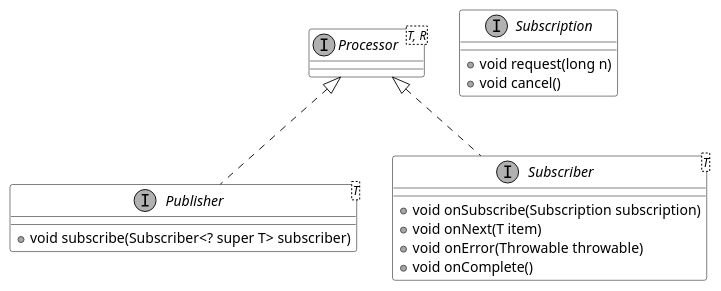
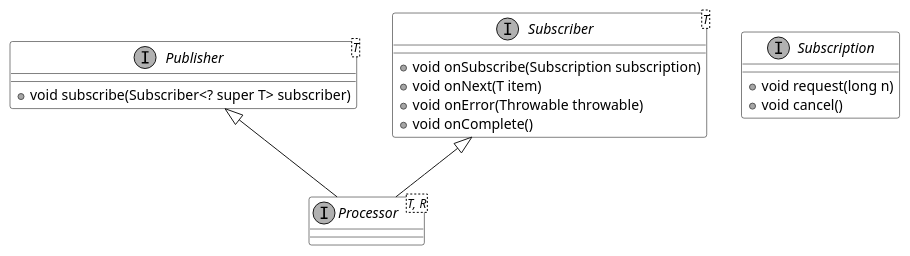
Before and after one commit to ti-cortex-m4/demo-java-reactive-streams-old: the diagram in images/diagram2.puml, drawn with PlantUML. The commit also changed 1 other file, not shown here.

```diff
--- a/images/diagram2.puml
+++ b/images/diagram2.puml
@@ -1,33 +1,33 @@
 @startuml
 
 scale 1.0
 set namespaceSeparator none
 
 skinparam monochrome true
 skinparam ClassBackgroundColor white
 skinparam ClassBorderColor black
 skinparam CircledCharacterFontStyle normal
 
 interface Publisher<T> {
 + void subscribe(Subscriber<? super T> subscriber)
 }
 
 interface Subscriber<T> {
 + void onSubscribe(Subscription subscription)
 + void onNext(T item)
 + void onError(Throwable throwable)
 + void onComplete()
 }
 
 interface Subscription {
 + void request(long n)
 + void cancel()
 }
 
 interface Processor<T, R> {
 }
 
-Processor <|.. Publisher
-Processor <|.. Subscriber
+Publisher <|-- Processor
+Subscriber <|-- Processor
 
 @enduml
```
